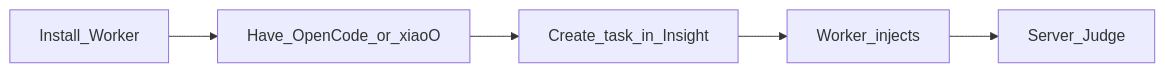
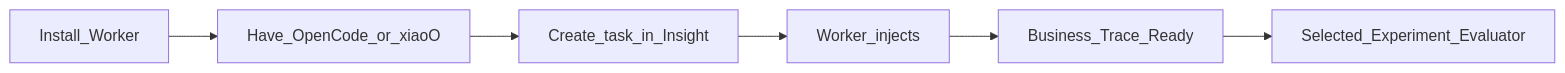
Before and after one commit to openeuler-mirror/agent-insight: the diagram in docs/zh/tutorial/reliability/agent-fault-injection/01-getting-started.md, drawn with Mermaid. The commit also changed other lines of this file and 25 other files, not shown here.

````diff
--- a/docs/zh/tutorial/reliability/agent-fault-injection/01-getting-started.md
+++ b/docs/zh/tutorial/reliability/agent-fault-injection/01-getting-started.md
@@ -14,7 +14,8 @@
 ```mermaid
 flowchart LR
   Setup[Install_Worker] --> Agent[Have_OpenCode_or_xiaoO]
   Agent --> Task[Create_task_in_Insight]
   Task --> Run[Worker_injects]
-  Run --> Judge[Server_Judge]
+  Run --> Trace[Business_Trace_Ready]
+  Trace --> Evaluator[Selected_Experiment_Evaluator]
 ```
````
